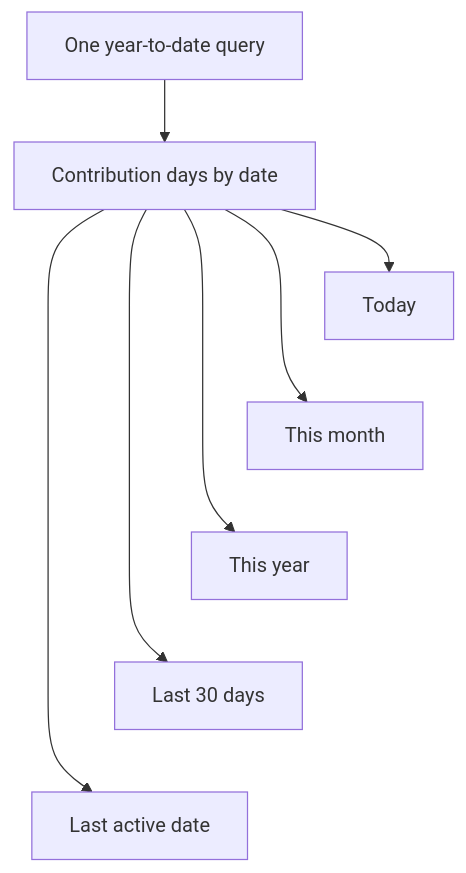
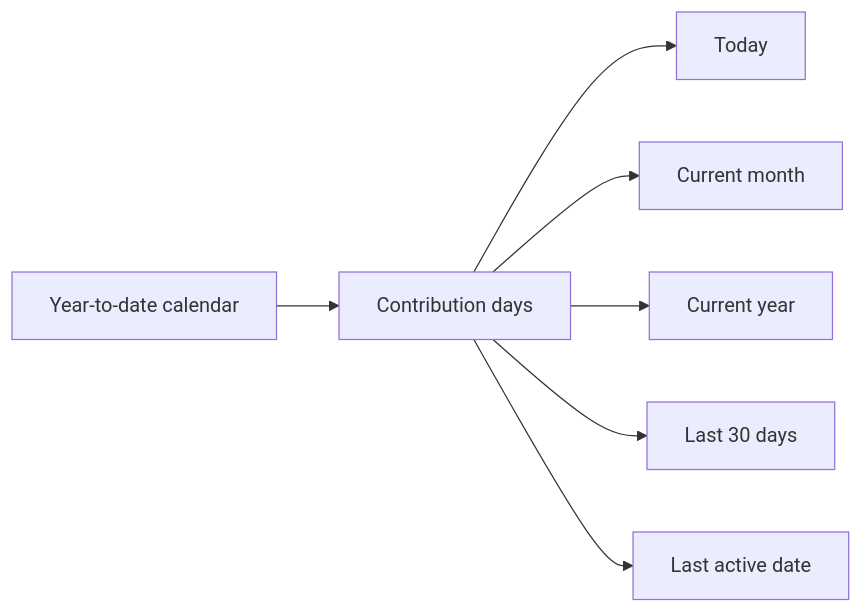
The second of 2 diagrams in web/content/blog/personal-telemetry-from-spotify-and-github.mdx (ErickCReis/ErickCReis), drawn with Mermaid before and after one commit. The commit also changed other lines of this file and 1 other file, not shown here.

````diff
--- a/web/content/blog/personal-telemetry-from-spotify-and-github.mdx
+++ b/web/content/blog/personal-telemetry-from-spotify-and-github.mdx
@@ -65,10 +118,9 @@
 ```mermaid center
-flowchart TB
-  Query["One year-to-date query"] --> Days["Contribution days by date"]
+flowchart LR
+  Query["Year-to-date calendar"] --> Days["Contribution days"]
   Days --> Today["Today"]
-  Days --> Month["This month"]
-  Days --> Year["This year"]
+  Days --> Month["Current month"]
+  Days --> Year["Current year"]
   Days --> Window["Last 30 days"]
   Days --> Last["Last active date"]
-  Today ~~~ Month ~~~ Year ~~~ Window ~~~ Last
 ```
````
